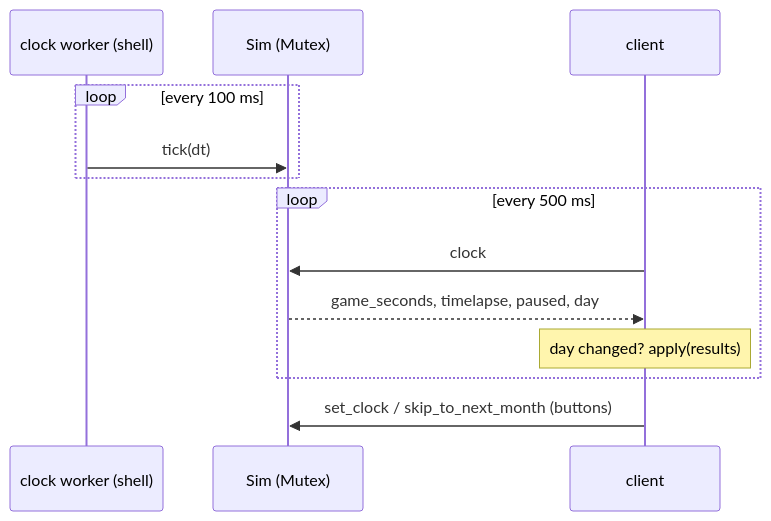
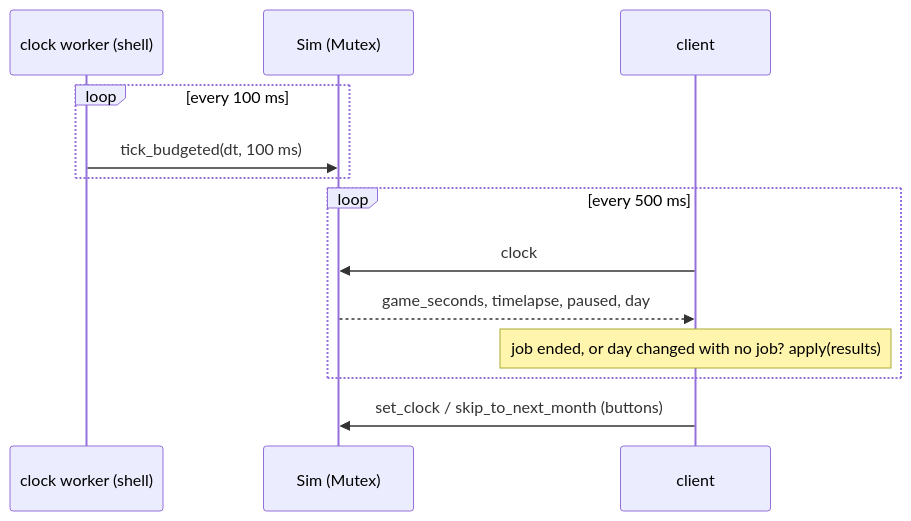
Before and after one commit to mr-gril-em-up/Transportation-Simulator: the second of 2 diagrams in app/docs/ARCHITECTURE.md, drawn with Mermaid. The commit also changed other lines of this file and 13 other files, not shown here.

````diff
--- a/app/docs/ARCHITECTURE.md
+++ b/app/docs/ARCHITECTURE.md
@@ -262,15 +269,15 @@
 ```mermaid
 sequenceDiagram
     participant W as clock worker (shell)
     participant S as Sim (Mutex)
     participant C as client
     loop every 100 ms
-        W->>S: tick(dt)
+        W->>S: tick_budgeted(dt, 100 ms)
     end
     loop every 500 ms
         C->>S: clock
         S-->>C: game_seconds, timelapse, paused, day
-        Note over C: day changed? apply(results)
+        Note over C: job ended, or day changed with no job? apply(results)
     end
     C->>S: set_clock / skip_to_next_month (buttons)
 ```
````
